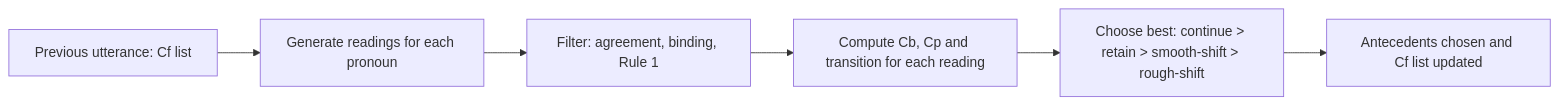
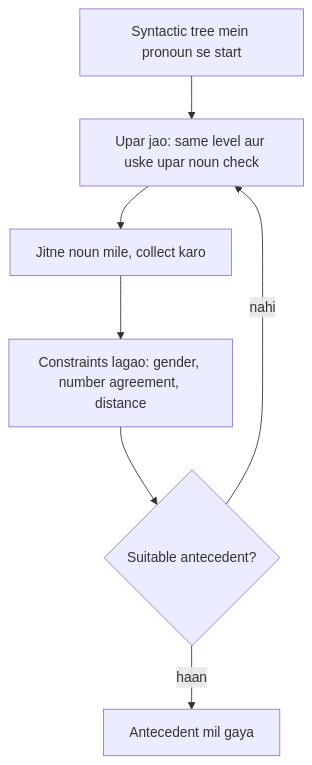
One commit to TrendySloth1001/sem-seven-notes changed the third of 4 diagrams in content/natural-language-processing/notes/anaphora-resolution.hi.mdx. Above: the diagram before and after it, drawn with Mermaid. The commit also changed other lines of this file and 406 other files, not shown here.

````diff
--- a/content/natural-language-processing/notes/anaphora-resolution.hi.mdx
+++ b/content/natural-language-processing/notes/anaphora-resolution.hi.mdx
@@ -382,9 +144,10 @@
 ```mermaid
-%% caption: Centering-based resolution (BFP). Candidates generate hoti hain, impossible hata di jaati hain, aur sabse coherent transition wali bachi hui reading jeet jaati hai.
-flowchart LR
-  A["Previous utterance: Cf list"] --> B["Generate readings for each pronoun"]
-  B --> C["Filter: agreement, binding, Rule 1"]
-  C --> D["Compute Cb, Cp and transition for each reading"]
-  D --> E["Choose best: continue > retain > smooth-shift > rough-shift"]
-  E --> F["Antecedents chosen and Cf list updated"]
+%% caption: Hobbs ke chaar steps flowchart mein. Agar koi noun constraints se bachta nahi, to search repeat hota hai.
+flowchart TD
+  A["Syntactic tree mein pronoun se start"] --> B["Upar jao: same level aur uske upar noun check"]
+  B --> C["Jitne noun mile, collect karo"]
+  C --> D["Constraints lagao: gender, number agreement, distance"]
+  D --> E{"Suitable antecedent?"}
+  E -->|"haan"| F["Antecedent mil gaya"]
+  E -->|"nahi"| B
 ```
````
